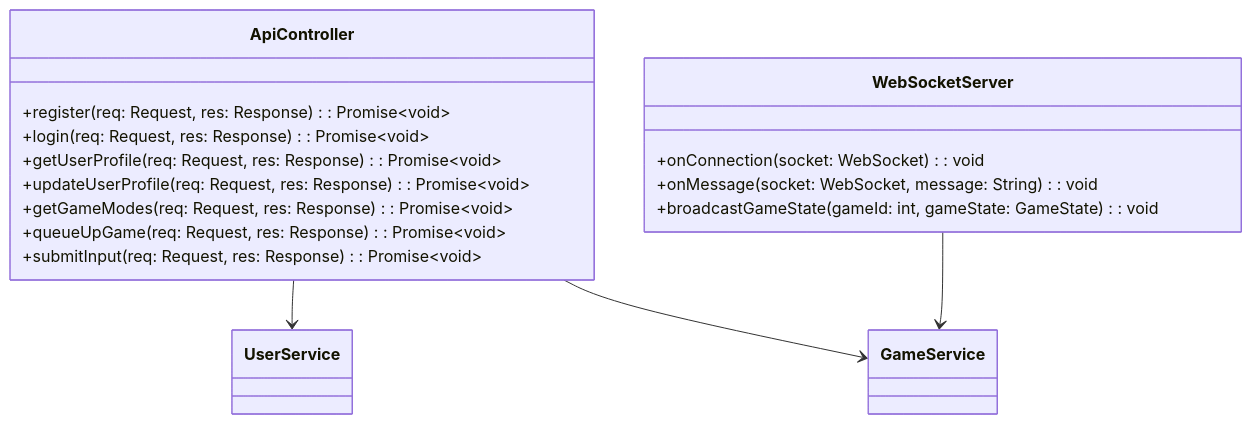
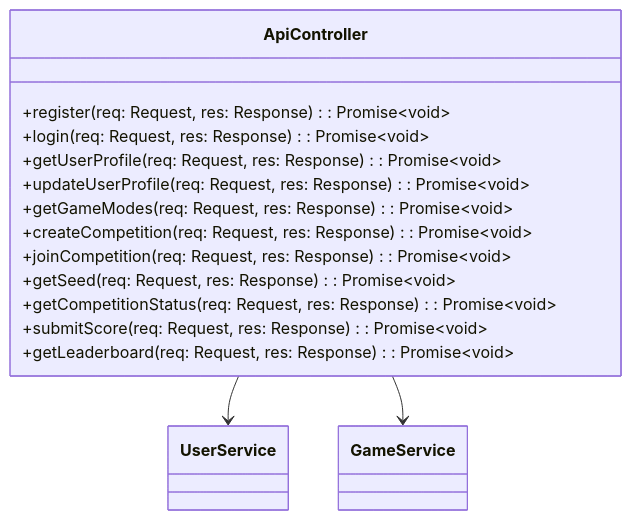
Before and after one commit to GitDevla/infinite-simon: the sixth of 6 diagrams in docs/system-design.md, drawn with Mermaid. The commit also changed other lines of this file and 2 other files, not shown here.

````diff
--- a/docs/system-design.md
+++ b/docs/system-design.md
@@ -264,20 +263,18 @@
 ```mermaid
 classDiagram
     class ApiController {
         +register(req: Request, res: Response): Promise~void~
         +login(req: Request, res: Response): Promise~void~
         +getUserProfile(req: Request, res: Response): Promise~void~
         +updateUserProfile(req: Request, res: Response): Promise~void~
         +getGameModes(req: Request, res: Response): Promise~void~
-        +queueUpGame(req: Request, res: Response): Promise~void~
-        +submitInput(req: Request, res: Response): Promise~void~
-    }
-    class WebSocketServer {
-        +onConnection(socket: WebSocket): void
-        +onMessage(socket: WebSocket, message: String): void
-        +broadcastGameState(gameId: int, gameState: GameState): void
+        +createCompetition(req: Request, res: Response): Promise~void~
+        +joinCompetition(req: Request, res: Response): Promise~void~
+        +getSeed(req: Request, res: Response): Promise~void~
+        +getCompetitionStatus(req: Request, res: Response): Promise~void~
+        +submitScore(req: Request, res: Response): Promise~void~
+        +getLeaderboard(req: Request, res: Response): Promise~void~
     }
     ApiController --> UserService
     ApiController --> GameService
-    WebSocketServer --> GameService
 ```
````
